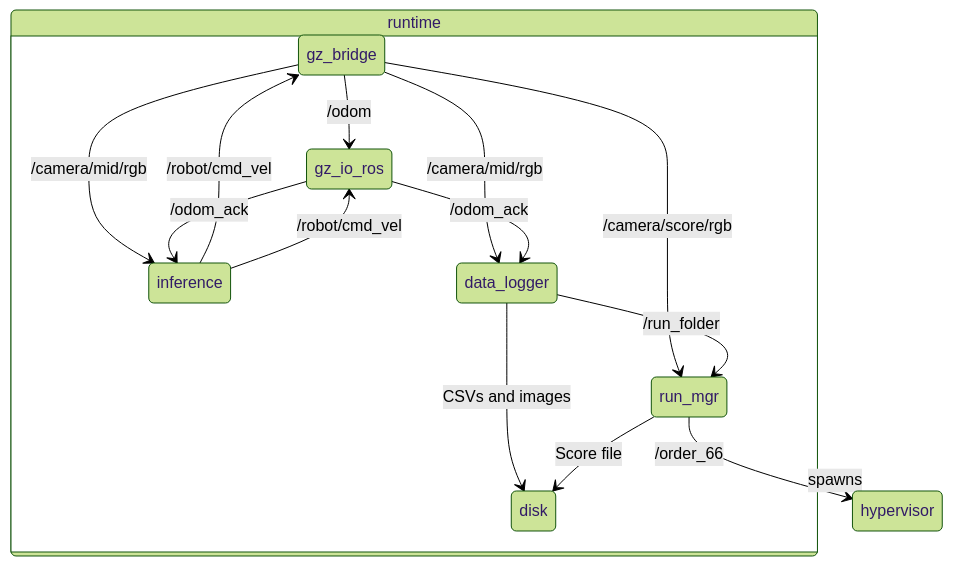
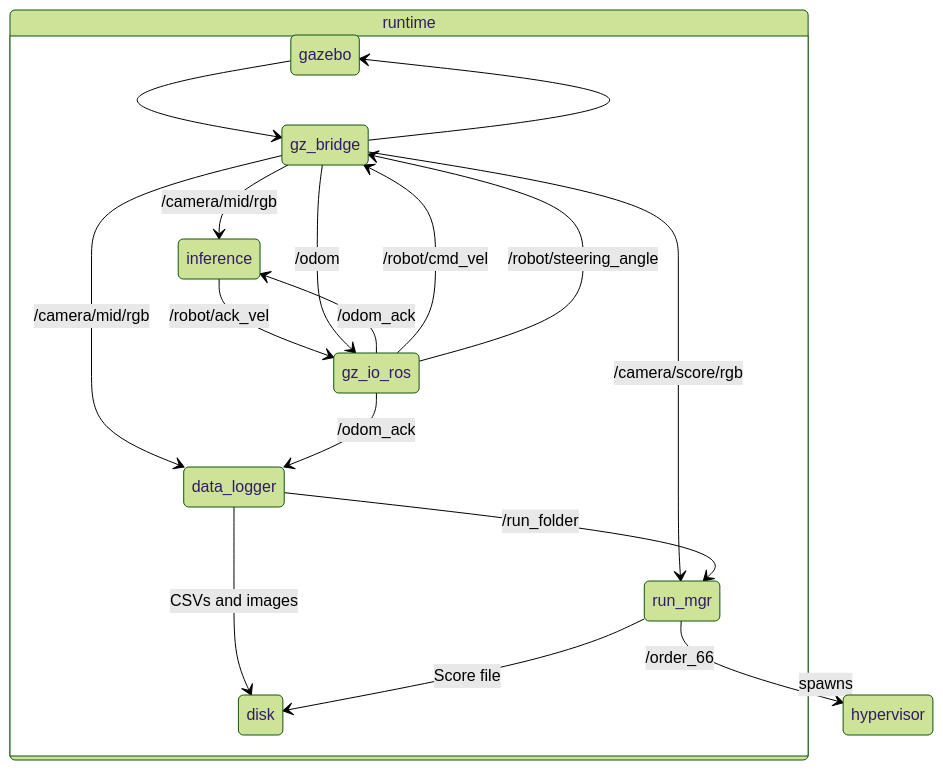
Before and after one commit to ISC-Project-Phoenix/design: the first of 2 diagrams in software/ros/phoenix_training.md, drawn with Mermaid (forest theme). The commit also changed 2 other files, not shown here.

Commit message:
Update mermaid diagrams

````diff
--- a/software/ros/phoenix_training.md
+++ b/software/ros/phoenix_training.md
@@ -24,24 +24,31 @@
 ```mermaid
 stateDiagram-v2
 
     run_mgr --> hypervisor: /order_66
     hypervisor --> runtime: spawns
 
     state runtime {
-        gz_bridge --> gz_io_ros: /odom
+
+        gazebo --> gz_bridge
+        gz_bridge --> gazebo
+        
         gz_bridge --> run_mgr: /camera/score/rgb
         gz_bridge --> inference: /camera/mid/rgb
         gz_bridge --> data_logger: /camera/mid/rgb
 
         gz_io_ros --> inference: /odom_ack
         gz_io_ros --> data_logger: /odom_ack
+
+        gz_io_ros --> gz_bridge: /robot/cmd_vel
+        gz_io_ros --> gz_bridge: /robot/steering_angle
         
         data_logger --> disk: CSVs and images
         data_logger --> run_mgr: /run_folder
 
-        inference --> gz_bridge: /robot/cmd_vel
-        inference --> gz_io_ros: /robot/cmd_vel
+        inference --> gz_io_ros: /robot/ack_vel
 
         run_mgr --> disk: Score file
+
+        gz_bridge --> gz_io_ros: /odom
     }
 ```
````
